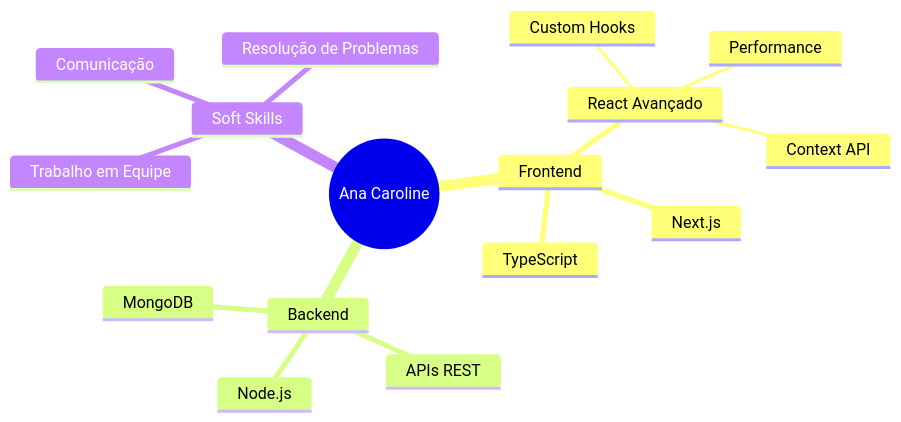
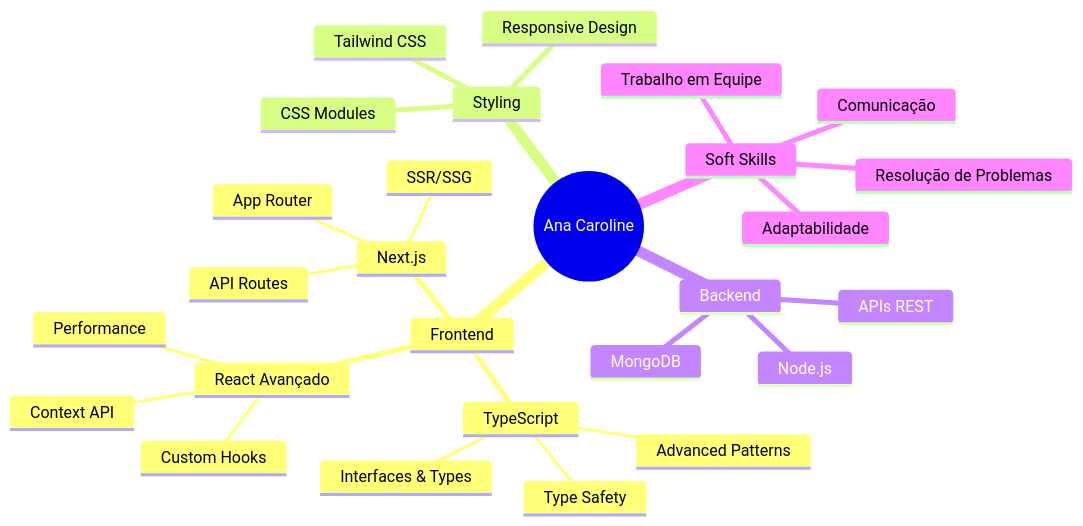
One commit to AgaraCarol/AgaraCarol changed the diagram in README.md. Above: the diagram before and after it, drawn with Mermaid. The commit also changed other lines of this file, not shown here.

````diff
--- a/README.md
+++ b/README.md
@@ -125,19 +130,30 @@
 ```mermaid
 mindmap
   root((Ana Caroline))
     Frontend
+      TypeScript
+        Type Safety
+        Advanced Patterns
+        Interfaces & Types
       React Avançado
         Custom Hooks
         Context API
         Performance
       Next.js
-      TypeScript
+        SSR/SSG
+        App Router
+        API Routes
+    Styling
+      Tailwind CSS
+      CSS Modules
+      Responsive Design
     Backend
       Node.js
       APIs REST
       MongoDB
     Soft Skills
       Trabalho em Equipe
       Comunicação
       Resolução de Problemas
+      Adaptabilidade
 ```
````
